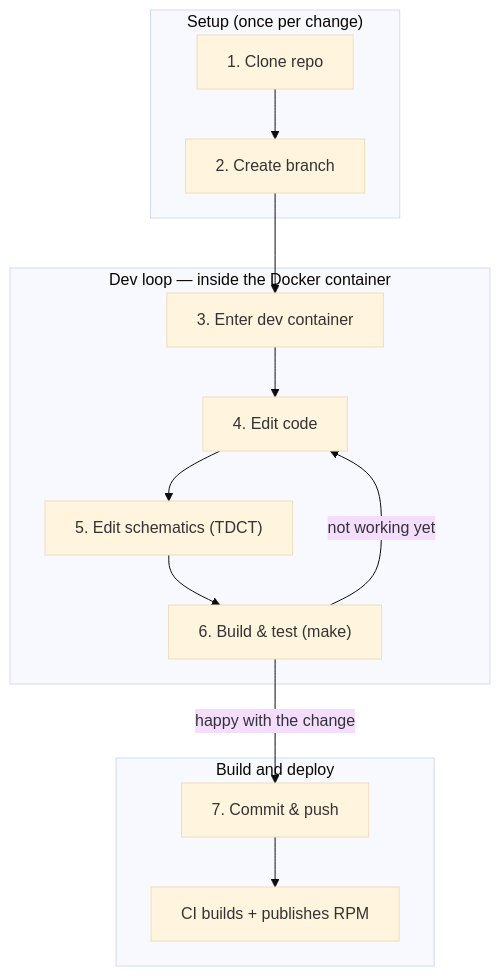
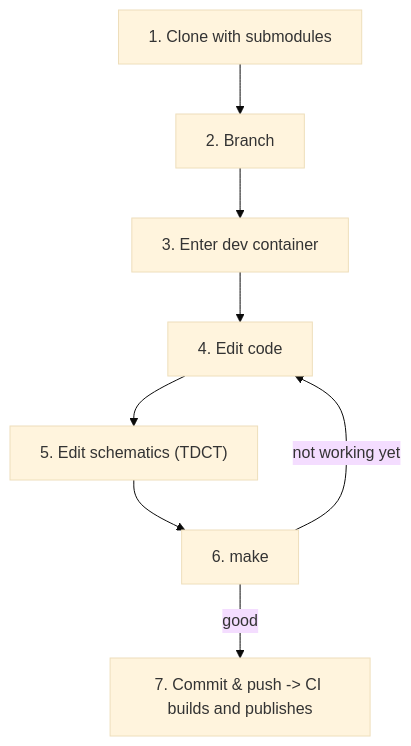
The diagram in WORKFLOW.md (gemini-rtsw/gemini-rtsw-ci), drawn with Mermaid (base theme) before and after one commit. The commit also changed other lines of this file and 1 other file, not shown here.

````diff
--- a/WORKFLOW.md
+++ b/WORKFLOW.md
@@ -5,17 +21,10 @@
 ```mermaid
 flowchart TD
-  subgraph setup["Setup (once per change)"]
-    A["1. Clone repo"] --> B["2. Create branch"]
-  end
-  subgraph loop["Dev loop — inside the Docker container"]
-    C["3. Enter dev container"] --> D["4. Edit code"]
-    D --> E["5. Edit schematics (TDCT)"]
-    E --> F["6. Build & test (make)"]
-    F -->|"not working yet"| D
-  end
-  subgraph after["Build and deploy"]
-    G["7. Commit & push"] --> H["CI builds + publishes RPM"]
-  end
-  B --> C
-  F -->|"happy with the change"| G
+  A["1. Clone with submodules"] --> B["2. Branch"]
+  B --> C["3. Enter dev container"]
+  C --> D["4. Edit code"]
+  D --> E["5. Edit schematics (TDCT)"]
+  E --> F["6. make"]
+  F -->|"not working yet"| D
+  F -->|"good"| G["7. Commit & push -> CI builds and publishes"]
 ```
````
